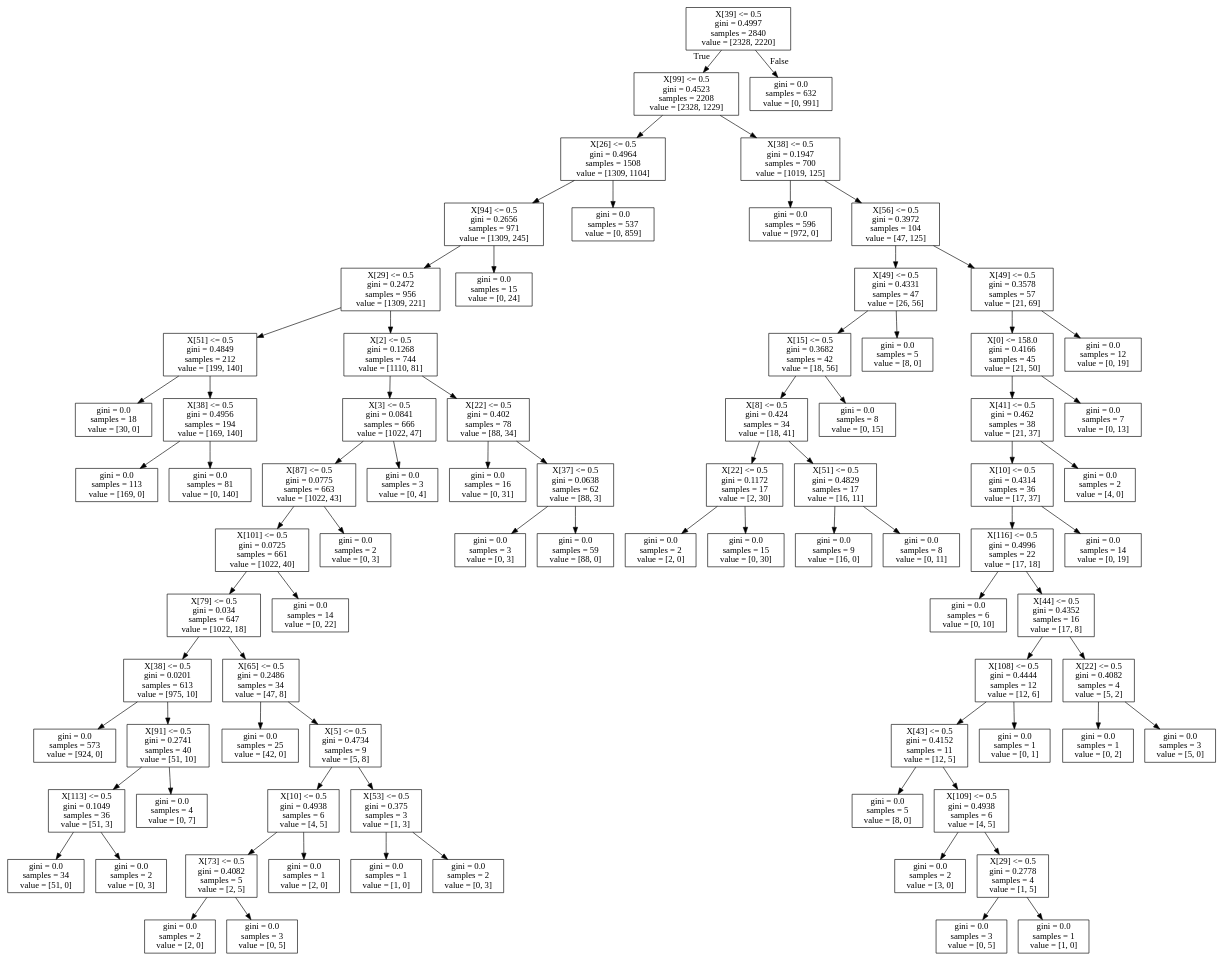
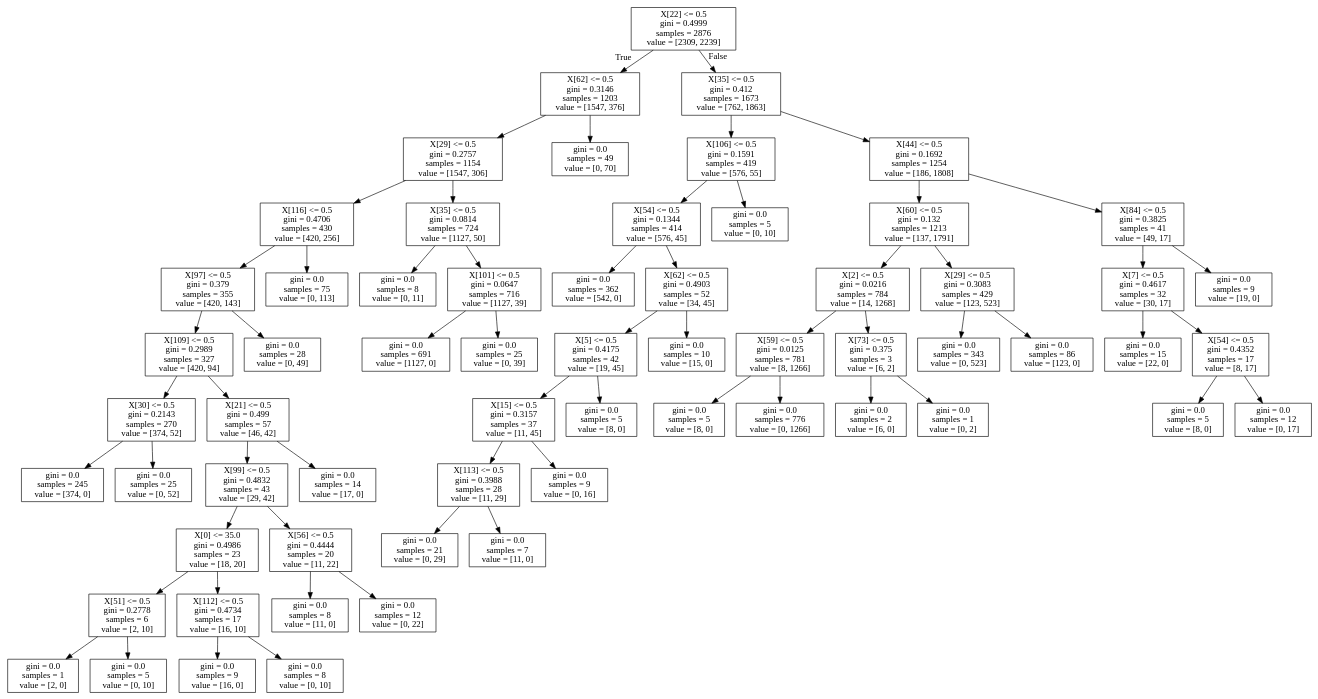
One commit to CaptainDredge/DSG-Entry-Data-Science-Competition changed the diagram in tree_6.dot. Above: the diagram before and after it, drawn with Graphviz. The commit also changed 18 other files, not shown here.

```diff
--- a/tree_6.dot
+++ b/tree_6.dot
@@ -1,164 +1,128 @@
 digraph Tree {
 node [shape=box] ;
-0 [label="X[39] <= 0.5\ngini = 0.4997\nsamples = 2840\nvalue = [2328, 2220]"] ;
-1 [label="X[99] <= 0.5\ngini = 0.4523\nsamples = 2208\nvalue = [2328, 1229]"] ;
+0 [label="X[22] <= 0.5\ngini = 0.4999\nsamples = 2876\nvalue = [2309, 2239]"] ;
+1 [label="X[62] <= 0.5\ngini = 0.3146\nsamples = 1203\nvalue = [1547, 376]"] ;
 0 -> 1 [labeldistance=2.5, labelangle=45, headlabel="True"] ;
-2 [label="X[26] <= 0.5\ngini = 0.4964\nsamples = 1508\nvalue = [1309, 1104]"] ;
+2 [label="X[29] <= 0.5\ngini = 0.2757\nsamples = 1154\nvalue = [1547, 306]"] ;
 1 -> 2 ;
-3 [label="X[94] <= 0.5\ngini = 0.2656\nsamples = 971\nvalue = [1309, 245]"] ;
+3 [label="X[116] <= 0.5\ngini = 0.4706\nsamples = 430\nvalue = [420, 256]"] ;
 2 -> 3 ;
-4 [label="X[29] <= 0.5\ngini = 0.2472\nsamples = 956\nvalue = [1309, 221]"] ;
+4 [label="X[97] <= 0.5\ngini = 0.379\nsamples = 355\nvalue = [420, 143]"] ;
 3 -> 4 ;
-5 [label="X[51] <= 0.5\ngini = 0.4849\nsamples = 212\nvalue = [199, 140]"] ;
+5 [label="X[109] <= 0.5\ngini = 0.2989\nsamples = 327\nvalue = [420, 94]"] ;
 4 -> 5 ;
-6 [label="gini = 0.0\nsamples = 18\nvalue = [30, 0]"] ;
+6 [label="X[30] <= 0.5\ngini = 0.2143\nsamples = 270\nvalue = [374, 52]"] ;
 5 -> 6 ;
-7 [label="X[38] <= 0.5\ngini = 0.4956\nsamples = 194\nvalue = [169, 140]"] ;
-5 -> 7 ;
-8 [label="gini = 0.0\nsamples = 113\nvalue = [169, 0]"] ;
-7 -> 8 ;
-9 [label="gini = 0.0\nsamples = 81\nvalue = [0, 140]"] ;
-7 -> 9 ;
-10 [label="X[2] <= 0.5\ngini = 0.1268\nsamples = 744\nvalue = [1110, 81]"] ;
-4 -> 10 ;
-11 [label="X[3] <= 0.5\ngini = 0.0841\nsamples = 666\nvalue = [1022, 47]"] ;
+7 [label="gini = 0.0\nsamples = 245\nvalue = [374, 0]"] ;
+6 -> 7 ;
+8 [label="gini = 0.0\nsamples = 25\nvalue = [0, 52]"] ;
+6 -> 8 ;
+9 [label="X[21] <= 0.5\ngini = 0.499\nsamples = 57\nvalue = [46, 42]"] ;
+5 -> 9 ;
+10 [label="X[99] <= 0.5\ngini = 0.4832\nsamples = 43\nvalue = [29, 42]"] ;
+9 -> 10 ;
+11 [label="X[0] <= 35.0\ngini = 0.4986\nsamples = 23\nvalue = [18, 20]"] ;
 10 -> 11 ;
-12 [label="X[87] <= 0.5\ngini = 0.0775\nsamples = 663\nvalue = [1022, 43]"] ;
+12 [label="X[51] <= 0.5\ngini = 0.2778\nsamples = 6\nvalue = [2, 10]"] ;
 11 -> 12 ;
-13 [label="X[101] <= 0.5\ngini = 0.0725\nsamples = 661\nvalue = [1022, 40]"] ;
+13 [label="gini = 0.0\nsamples = 1\nvalue = [2, 0]"] ;
 12 -> 13 ;
-14 [label="X[79] <= 0.5\ngini = 0.034\nsamples = 647\nvalue = [1022, 18]"] ;
-13 -> 14 ;
-15 [label="X[38] <= 0.5\ngini = 0.0201\nsamples = 613\nvalue = [975, 10]"] ;
-14 -> 15 ;
-16 [label="gini = 0.0\nsamples = 573\nvalue = [924, 0]"] ;
+14 [label="gini = 0.0\nsamples = 5\nvalue = [0, 10]"] ;
+12 -> 14 ;
+15 [label="X[112] <= 0.5\ngini = 0.4734\nsamples = 17\nvalue = [16, 10]"] ;
+11 -> 15 ;
+16 [label="gini = 0.0\nsamples = 9\nvalue = [16, 0]"] ;
 15 -> 16 ;
-17 [label="X[91] <= 0.5\ngini = 0.2741\nsamples = 40\nvalue = [51, 10]"] ;
+17 [label="gini = 0.0\nsamples = 8\nvalue = [0, 10]"] ;
 15 -> 17 ;
-18 [label="X[113] <= 0.5\ngini = 0.1049\nsamples = 36\nvalue = [51, 3]"] ;
-17 -> 18 ;
-19 [label="gini = 0.0\nsamples = 34\nvalue = [51, 0]"] ;
+18 [label="X[56] <= 0.5\ngini = 0.4444\nsamples = 20\nvalue = [11, 22]"] ;
+10 -> 18 ;
+19 [label="gini = 0.0\nsamples = 8\nvalue = [11, 0]"] ;
 18 -> 19 ;
-20 [label="gini = 0.0\nsamples = 2\nvalue = [0, 3]"] ;
+20 [label="gini = 0.0\nsamples = 12\nvalue = [0, 22]"] ;
 18 -> 20 ;
-21 [label="gini = 0.0\nsamples = 4\nvalue = [0, 7]"] ;
-17 -> 21 ;
-22 [label="X[65] <= 0.5\ngini = 0.2486\nsamples = 34\nvalue = [47, 8]"] ;
-14 -> 22 ;
-23 [label="gini = 0.0\nsamples = 25\nvalue = [42, 0]"] ;
-22 -> 23 ;
-24 [label="X[5] <= 0.5\ngini = 0.4734\nsamples = 9\nvalue = [5, 8]"] ;
-22 -> 24 ;
-25 [label="X[10] <= 0.5\ngini = 0.4938\nsamples = 6\nvalue = [4, 5]"] ;
+21 [label="gini = 0.0\nsamples = 14\nvalue = [17, 0]"] ;
+9 -> 21 ;
+22 [label="gini = 0.0\nsamples = 28\nvalue = [0, 49]"] ;
+4 -> 22 ;
+23 [label="gini = 0.0\nsamples = 75\nvalue = [0, 113]"] ;
+3 -> 23 ;
+24 [label="X[35] <= 0.5\ngini = 0.0814\nsamples = 724\nvalue = [1127, 50]"] ;
+2 -> 24 ;
+25 [label="gini = 0.0\nsamples = 8\nvalue = [0, 11]"] ;
 24 -> 25 ;
-26 [label="X[73] <= 0.5\ngini = 0.4082\nsamples = 5\nvalue = [2, 5]"] ;
-25 -> 26 ;
-27 [label="gini = 0.0\nsamples = 2\nvalue = [2, 0]"] ;
+26 [label="X[101] <= 0.5\ngini = 0.0647\nsamples = 716\nvalue = [1127, 39]"] ;
+24 -> 26 ;
+27 [label="gini = 0.0\nsamples = 691\nvalue = [1127, 0]"] ;
 26 -> 27 ;
-28 [label="gini = 0.0\nsamples = 3\nvalue = [0, 5]"] ;
+28 [label="gini = 0.0\nsamples = 25\nvalue = [0, 39]"] ;
 26 -> 28 ;
-29 [label="gini = 0.0\nsamples = 1\nvalue = [2, 0]"] ;
-25 -> 29 ;
-30 [label="X[53] <= 0.5\ngini = 0.375\nsamples = 3\nvalue = [1, 3]"] ;
-24 -> 30 ;
-31 [label="gini = 0.0\nsamples = 1\nvalue = [1, 0]"] ;
+29 [label="gini = 0.0\nsamples = 49\nvalue = [0, 70]"] ;
+1 -> 29 ;
+30 [label="X[35] <= 0.5\ngini = 0.412\nsamples = 1673\nvalue = [762, 1863]"] ;
+0 -> 30 [labeldistance=2.5, labelangle=-45, headlabel="False"] ;
+31 [label="X[106] <= 0.5\ngini = 0.1591\nsamples = 419\nvalue = [576, 55]"] ;
 30 -> 31 ;
-32 [label="gini = 0.0\nsamples = 2\nvalue = [0, 3]"] ;
-30 -> 32 ;
-33 [label="gini = 0.0\nsamples = 14\nvalue = [0, 22]"] ;
-13 -> 33 ;
-34 [label="gini = 0.0\nsamples = 2\nvalue = [0, 3]"] ;
-12 -> 34 ;
-35 [label="gini = 0.0\nsamples = 3\nvalue = [0, 4]"] ;
-11 -> 35 ;
-36 [label="X[22] <= 0.5\ngini = 0.402\nsamples = 78\nvalue = [88, 34]"] ;
-10 -> 36 ;
-37 [label="gini = 0.0\nsamples = 16\nvalue = [0, 31]"] ;
+32 [label="X[54] <= 0.5\ngini = 0.1344\nsamples = 414\nvalue = [576, 45]"] ;
+31 -> 32 ;
+33 [label="gini = 0.0\nsamples = 362\nvalue = [542, 0]"] ;
+32 -> 33 ;
+34 [label="X[62] <= 0.5\ngini = 0.4903\nsamples = 52\nvalue = [34, 45]"] ;
+32 -> 34 ;
+35 [label="X[5] <= 0.5\ngini = 0.4175\nsamples = 42\nvalue = [19, 45]"] ;
+34 -> 35 ;
+36 [label="X[15] <= 0.5\ngini = 0.3157\nsamples = 37\nvalue = [11, 45]"] ;
+35 -> 36 ;
+37 [label="X[113] <= 0.5\ngini = 0.3988\nsamples = 28\nvalue = [11, 29]"] ;
 36 -> 37 ;
-38 [label="X[37] <= 0.5\ngini = 0.0638\nsamples = 62\nvalue = [88, 3]"] ;
-36 -> 38 ;
-39 [label="gini = 0.0\nsamples = 3\nvalue = [0, 3]"] ;
-38 -> 39 ;
-40 [label="gini = 0.0\nsamples = 59\nvalue = [88, 0]"] ;
-38 -> 40 ;
-41 [label="gini = 0.0\nsamples = 15\nvalue = [0, 24]"] ;
-3 -> 41 ;
-42 [label="gini = 0.0\nsamples = 537\nvalue = [0, 859]"] ;
-2 -> 42 ;
-43 [label="X[38] <= 0.5\ngini = 0.1947\nsamples = 700\nvalue = [1019, 125]"] ;
-1 -> 43 ;
-44 [label="gini = 0.0\nsamples = 596\nvalue = [972, 0]"] ;
-43 -> 44 ;
-45 [label="X[56] <= 0.5\ngini = 0.3972\nsamples = 104\nvalue = [47, 125]"] ;
-43 -> 45 ;
-46 [label="X[49] <= 0.5\ngini = 0.4331\nsamples = 47\nvalue = [26, 56]"] ;
+38 [label="gini = 0.0\nsamples = 21\nvalue = [0, 29]"] ;
+37 -> 38 ;
+39 [label="gini = 0.0\nsamples = 7\nvalue = [11, 0]"] ;
+37 -> 39 ;
+40 [label="gini = 0.0\nsamples = 9\nvalue = [0, 16]"] ;
+36 -> 40 ;
+41 [label="gini = 0.0\nsamples = 5\nvalue = [8, 0]"] ;
+35 -> 41 ;
+42 [label="gini = 0.0\nsamples = 10\nvalue = [15, 0]"] ;
+34 -> 42 ;
+43 [label="gini = 0.0\nsamples = 5\nvalue = [0, 10]"] ;
+31 -> 43 ;
+44 [label="X[44] <= 0.5\ngini = 0.1692\nsamples = 1254\nvalue = [186, 1808]"] ;
+30 -> 44 ;
+45 [label="X[60] <= 0.5\ngini = 0.132\nsamples = 1213\nvalue = [137, 1791]"] ;
+44 -> 45 ;
+46 [label="X[2] <= 0.5\ngini = 0.0216\nsamples = 784\nvalue = [14, 1268]"] ;
 45 -> 46 ;
-47 [label="X[15] <= 0.5\ngini = 0.3682\nsamples = 42\nvalue = [18, 56]"] ;
+47 [label="X[59] <= 0.5\ngini = 0.0125\nsamples = 781\nvalue = [8, 1266]"] ;
 46 -> 47 ;
-48 [label="X[8] <= 0.5\ngini = 0.424\nsamples = 34\nvalue = [18, 41]"] ;
+48 [label="gini = 0.0\nsamples = 5\nvalue = [8, 0]"] ;
 47 -> 48 ;
-49 [label="X[22] <= 0.5\ngini = 0.1172\nsamples = 17\nvalue = [2, 30]"] ;
-48 -> 49 ;
-50 [label="gini = 0.0\nsamples = 2\nvalue = [2, 0]"] ;
-49 -> 50 ;
-51 [label="gini = 0.0\nsamples = 15\nvalue = [0, 30]"] ;
-49 -> 51 ;
-52 [label="X[51] <= 0.5\ngini = 0.4829\nsamples = 17\nvalue = [16, 11]"] ;
-48 -> 52 ;
-53 [label="gini = 0.0\nsamples = 9\nvalue = [16, 0]"] ;
-52 -> 53 ;
-54 [label="gini = 0.0\nsamples = 8\nvalue = [0, 11]"] ;
-52 -> 54 ;
-55 [label="gini = 0.0\nsamples = 8\nvalue = [0, 15]"] ;
-47 -> 55 ;
-56 [label="gini = 0.0\nsamples = 5\nvalue = [8, 0]"] ;
-46 -> 56 ;
-57 [label="X[49] <= 0.5\ngini = 0.3578\nsamples = 57\nvalue = [21, 69]"] ;
-45 -> 57 ;
-58 [label="X[0] <= 158.0\ngini = 0.4166\nsamples = 45\nvalue = [21, 50]"] ;
+49 [label="gini = 0.0\nsamples = 776\nvalue = [0, 1266]"] ;
+47 -> 49 ;
+50 [label="X[73] <= 0.5\ngini = 0.375\nsamples = 3\nvalue = [6, 2]"] ;
+46 -> 50 ;
+51 [label="gini = 0.0\nsamples = 2\nvalue = [6, 0]"] ;
+50 -> 51 ;
+52 [label="gini = 0.0\nsamples = 1\nvalue = [0, 2]"] ;
+50 -> 52 ;
+53 [label="X[29] <= 0.5\ngini = 0.3083\nsamples = 429\nvalue = [123, 523]"] ;
+45 -> 53 ;
+54 [label="gini = 0.0\nsamples = 343\nvalue = [0, 523]"] ;
+53 -> 54 ;
+55 [label="gini = 0.0\nsamples = 86\nvalue = [123, 0]"] ;
+53 -> 55 ;
+56 [label="X[84] <= 0.5\ngini = 0.3825\nsamples = 41\nvalue = [49, 17]"] ;
+44 -> 56 ;
+57 [label="X[7] <= 0.5\ngini = 0.4617\nsamples = 32\nvalue = [30, 17]"] ;
+56 -> 57 ;
+58 [label="gini = 0.0\nsamples = 15\nvalue = [22, 0]"] ;
 57 -> 58 ;
-59 [label="X[41] <= 0.5\ngini = 0.462\nsamples = 38\nvalue = [21, 37]"] ;
-58 -> 59 ;
-60 [label="X[10] <= 0.5\ngini = 0.4314\nsamples = 36\nvalue = [17, 37]"] ;
+59 [label="X[54] <= 0.5\ngini = 0.4352\nsamples = 17\nvalue = [8, 17]"] ;
+57 -> 59 ;
+60 [label="gini = 0.0\nsamples = 5\nvalue = [8, 0]"] ;
 59 -> 60 ;
-61 [label="X[116] <= 0.5\ngini = 0.4996\nsamples = 22\nvalue = [17, 18]"] ;
-60 -> 61 ;
-62 [label="gini = 0.0\nsamples = 6\nvalue = [0, 10]"] ;
-61 -> 62 ;
-63 [label="X[44] <= 0.5\ngini = 0.4352\nsamples = 16\nvalue = [17, 8]"] ;
-61 -> 63 ;
-64 [label="X[108] <= 0.5\ngini = 0.4444\nsamples = 12\nvalue = [12, 6]"] ;
-63 -> 64 ;
-65 [label="X[43] <= 0.5\ngini = 0.4152\nsamples = 11\nvalue = [12, 5]"] ;
-64 -> 65 ;
-66 [label="gini = 0.0\nsamples = 5\nvalue = [8, 0]"] ;
-65 -> 66 ;
-67 [label="X[109] <= 0.5\ngini = 0.4938\nsamples = 6\nvalue = [4, 5]"] ;
-65 -> 67 ;
-68 [label="gini = 0.0\nsamples = 2\nvalue = [3, 0]"] ;
-67 -> 68 ;
-69 [label="X[29] <= 0.5\ngini = 0.2778\nsamples = 4\nvalue = [1, 5]"] ;
-67 -> 69 ;
-70 [label="gini = 0.0\nsamples = 3\nvalue = [0, 5]"] ;
-69 -> 70 ;
-71 [label="gini = 0.0\nsamples = 1\nvalue = [1, 0]"] ;
-69 -> 71 ;
-72 [label="gini = 0.0\nsamples = 1\nvalue = [0, 1]"] ;
-64 -> 72 ;
-73 [label="X[22] <= 0.5\ngini = 0.4082\nsamples = 4\nvalue = [5, 2]"] ;
-63 -> 73 ;
-74 [label="gini = 0.0\nsamples = 1\nvalue = [0, 2]"] ;
-73 -> 74 ;
-75 [label="gini = 0.0\nsamples = 3\nvalue = [5, 0]"] ;
-73 -> 75 ;
-76 [label="gini = 0.0\nsamples = 14\nvalue = [0, 19]"] ;
-60 -> 76 ;
-77 [label="gini = 0.0\nsamples = 2\nvalue = [4, 0]"] ;
-59 -> 77 ;
-78 [label="gini = 0.0\nsamples = 7\nvalue = [0, 13]"] ;
-58 -> 78 ;
-79 [label="gini = 0.0\nsamples = 12\nvalue = [0, 19]"] ;
-57 -> 79 ;
-80 [label="gini = 0.0\nsamples = 632\nvalue = [0, 991]"] ;
-0 -> 80 [labeldistance=2.5, labelangle=-45, headlabel="False"] ;
+61 [label="gini = 0.0\nsamples = 12\nvalue = [0, 17]"] ;
+59 -> 61 ;
+62 [label="gini = 0.0\nsamples = 9\nvalue = [19, 0]"] ;
+56 -> 62 ;
 }
```
